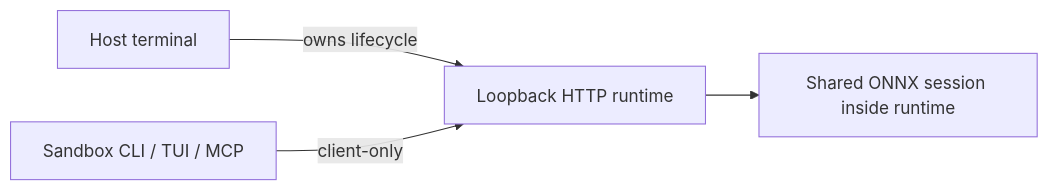
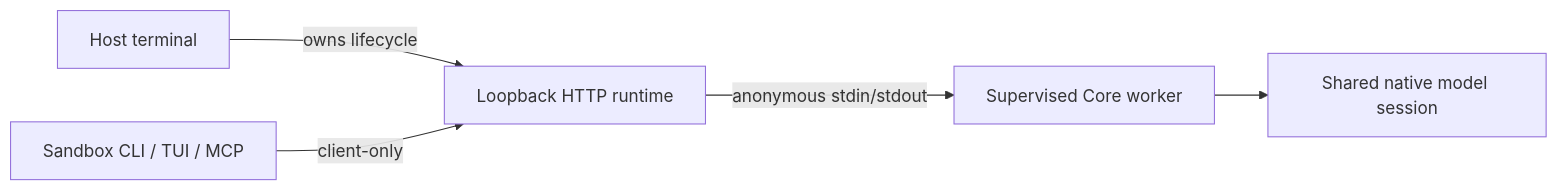
Before and after one commit to risense-ai/respire-cli: the diagram in docs/runtime.md, drawn with Mermaid. The commit also changed other lines of this file and 8 other files, not shown here.

First line of the commit message:
Use TCP-only runtime RPC and verified CPU model mirrors

````diff
--- a/docs/runtime.md
+++ b/docs/runtime.md
@@ -3,6 +3,7 @@
 ```mermaid
 flowchart LR
   Host[Host terminal] -->|owns lifecycle| Runtime[Loopback HTTP runtime]
   Sandbox[Sandbox CLI / TUI / MCP] -->|client-only| Runtime
-  Runtime --> Inference[Shared ONNX session inside runtime]
+  Runtime -->|anonymous stdin/stdout| Worker[Supervised Core worker]
+  Worker --> Inference[Shared native model session]
 ```
````
